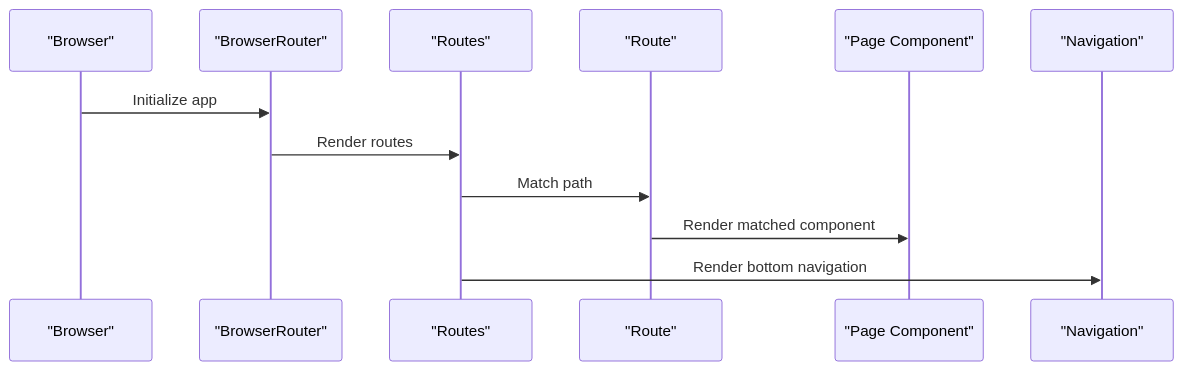
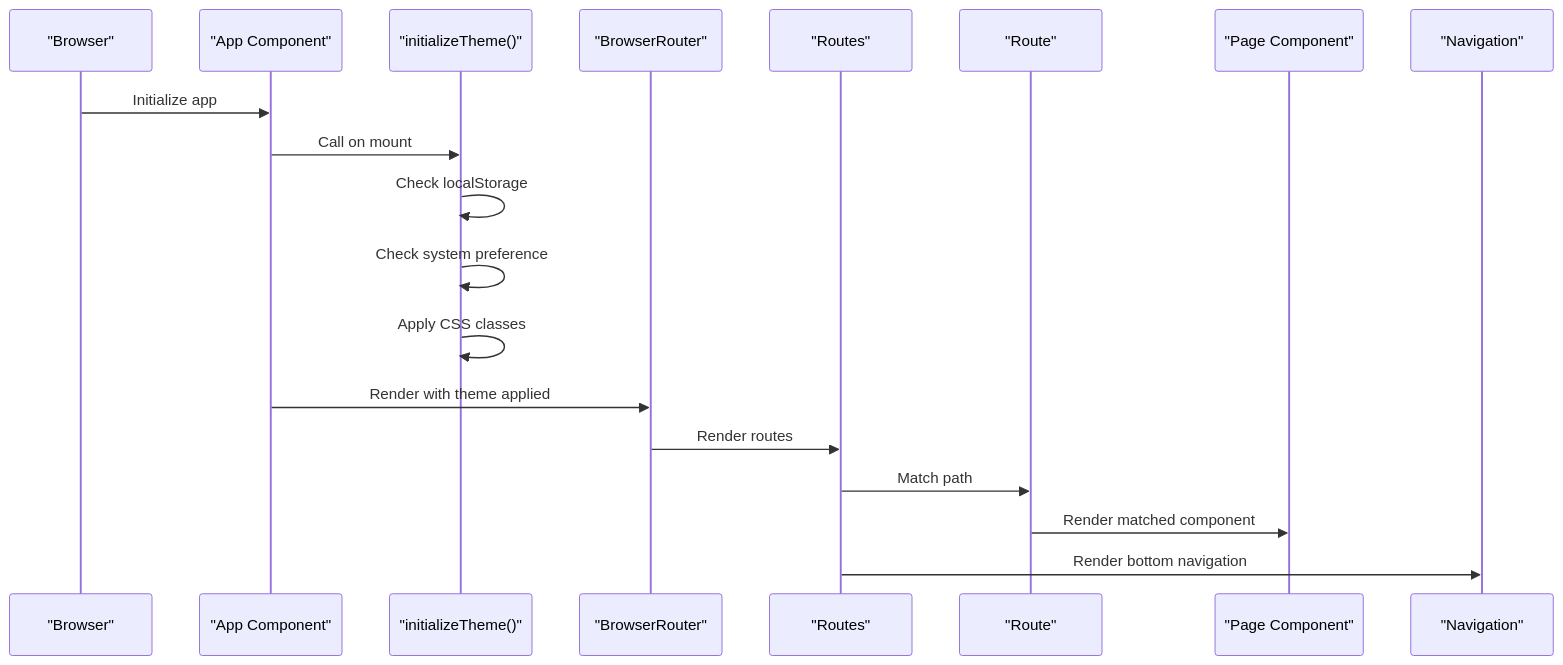
The third of 6 diagrams in .qoder/repowiki/en/content/Frontend Component Architecture/Application Structure & Routing.md (nilsnavi/fit_trackerpro), drawn with Mermaid before and after one commit. The commit also changed other lines of this file and 19 other files, not shown here.

````diff
--- a/.qoder/repowiki/en/content/Frontend Component Architecture/Application Structure & Routing.md
+++ b/.qoder/repowiki/en/content/Frontend Component Architecture/Application Structure & Routing.md
@@ -172,14 +192,21 @@
 ```mermaid
 sequenceDiagram
 participant Browser as "Browser"
+participant App as "App Component"
+participant ThemeInit as "initializeTheme()"
 participant Router as "BrowserRouter"
 participant Routes as "Routes"
 participant Route as "Route"
 participant Page as "Page Component"
 participant Nav as "Navigation"
-Browser->>Router : Initialize app
+Browser->>App : Initialize app
+App->>ThemeInit : Call on mount
+ThemeInit->>ThemeInit : Check localStorage
+ThemeInit->>ThemeInit : Check system preference
+ThemeInit->>ThemeInit : Apply CSS classes
+App->>Router : Render with theme applied
 Router->>Routes : Render routes
 Routes->>Route : Match path
 Route->>Page : Render matched component
 Routes->>Nav : Render bottom navigation
 ```
````
